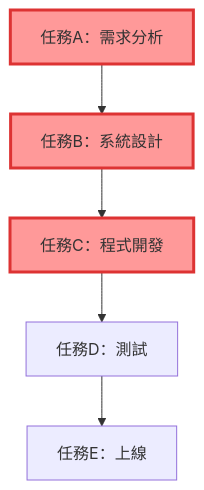
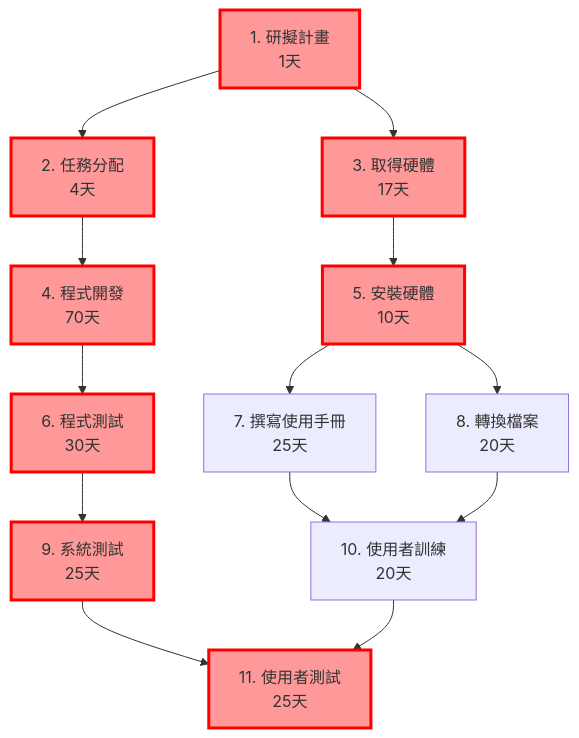
One commit to c112118202-droid/C112118202 changed the first of 3 diagrams in hw2.md. Above: the diagram before and after it, drawn with Mermaid. The commit also changed other lines of this file, not shown here.

````diff
--- a/hw2.md
+++ b/hw2.md
@@ -8,10 +8,19 @@
 ```mermaid
 graph TD
-    A[任務A：需求分析] --> B[任務B：系統設計]
-    B --> C[任務C：程式開發]
-    C --> D[任務D：測試]
-    D --> E[任務E：上線]
+    A[1. 研擬計畫<br/>1天] --> B[2. 任務分配<br/>4天]
+    A --> C[3. 取得硬體<br/>17天]
+    B --> D[4. 程式開發<br/>70天]
+    C --> E[5. 安裝硬體<br/>10天]
+    D --> F[6. 程式測試<br/>30天]
+    E --> G[7. 撰寫使用手冊<br/>25天]
+    E --> H[8. 轉換檔案<br/>20天]
+    F --> I[9. 系統測試<br/>25天]
+    G --> J[10. 使用者訓練<br/>20天]
+    H --> J
+    I --> K[11. 使用者測試<br/>25天]
+    J --> K
     
-    class A,B,C critical
-    classDef critical fill:#ff9999,stroke:#d33,stroke-width:3px;
+    class A,B,C,D,E,F,I,K critical
+    classDef critical fill:#ff9999,stroke:#ff0000,stroke-width:3px;
+    classDef normal fill:#e1e1e1,stroke:#333,stroke-width:2px;
 ```
````
